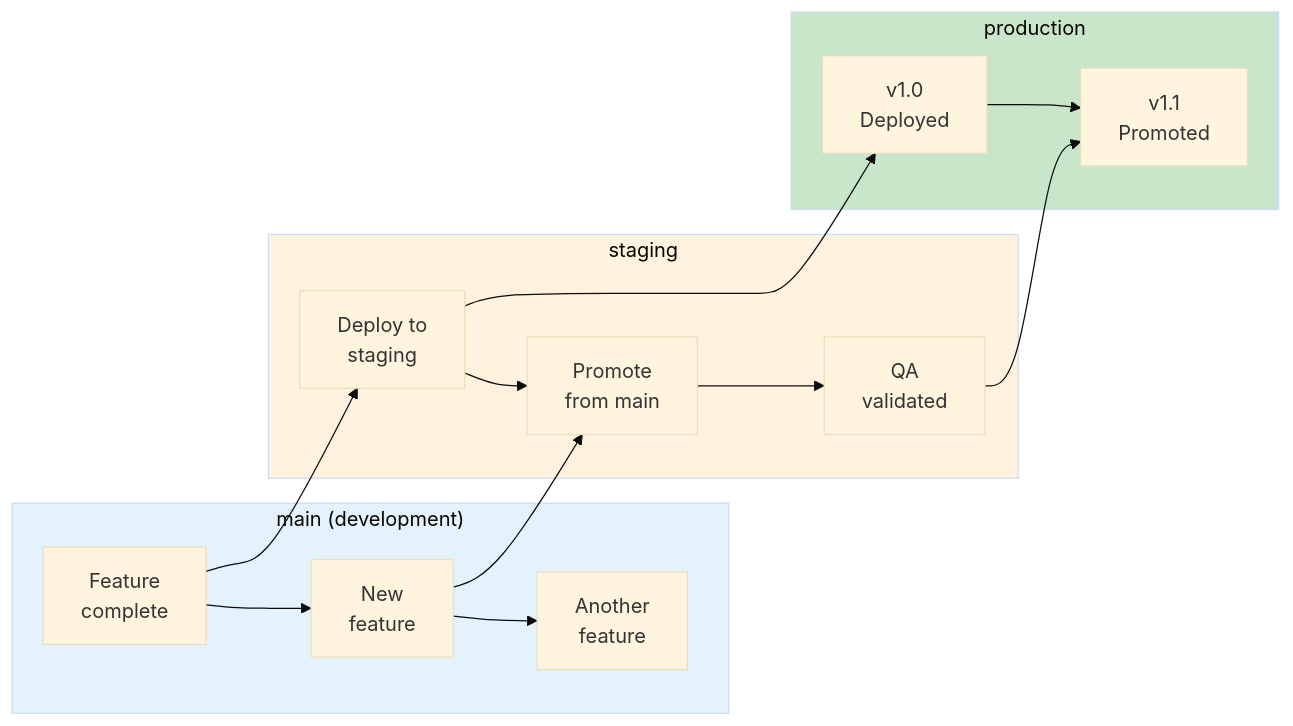
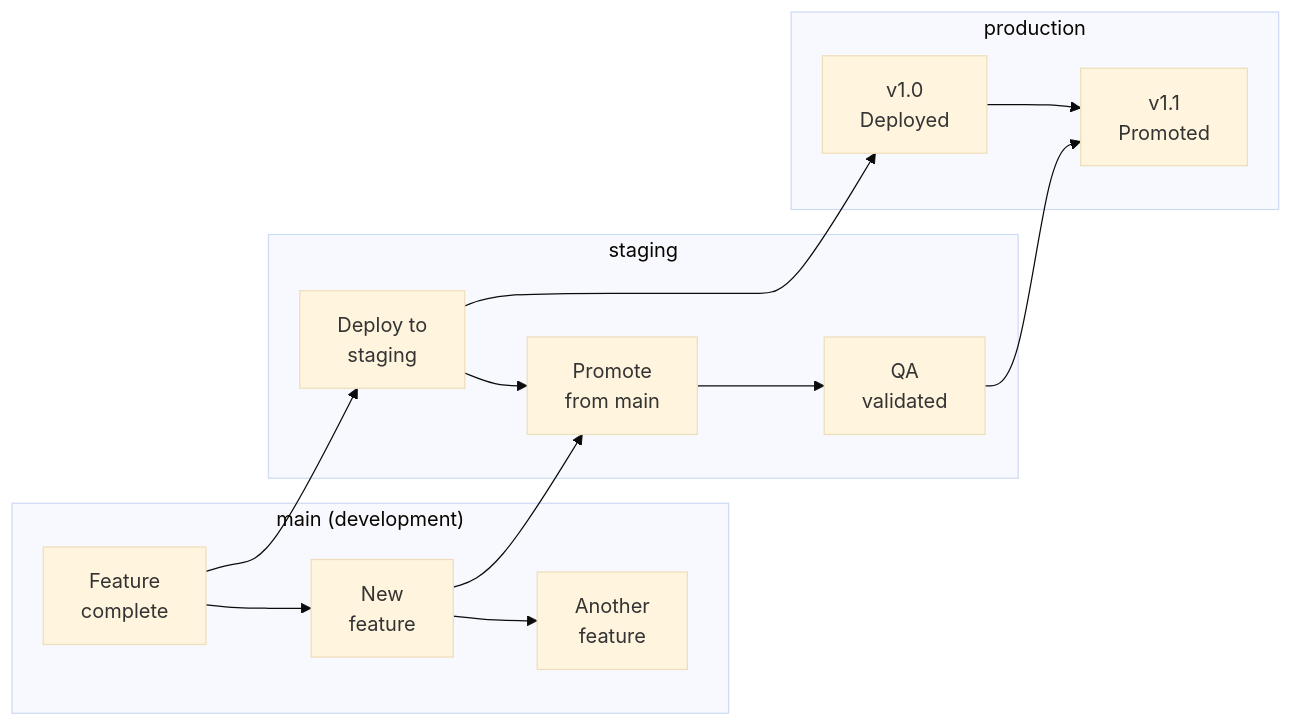
One commit to shivam-g-mishra/blog changed the fifth of 8 diagrams in docs/cicd/branching-strategies.md. Above: the diagram before and after it, drawn with Mermaid (base theme). The commit also changed other lines of this file and 23 other files, not shown here.

First line of the commit message:
fix: improve Mermaid diagram visibility in dark mode

````diff
--- a/docs/cicd/branching-strategies.md
+++ b/docs/cicd/branching-strategies.md
@@ -371,25 +348,21 @@
 ```mermaid
 flowchart LR
     subgraph main_env["main (development)"]
         M1[Feature<br/>complete] --> M2[New<br/>feature]
         M2 --> M3[Another<br/>feature]
     end
     
     subgraph staging_env["staging"]
         S1[Deploy to<br/>staging] --> S2[Promote<br/>from main]
         S2 --> S3[QA<br/>validated]
     end
     
     subgraph prod_env["production"]
         P1[v1.0<br/>Deployed] --> P2[v1.1<br/>Promoted]
     end
     
     M1 --> S1
     M2 --> S2
     S1 --> P1
     S3 --> P2
-    
-    style main_env fill:#e3f2fd
-    style staging_env fill:#fff3e0
-    style prod_env fill:#c8e6c9
 ```
````
